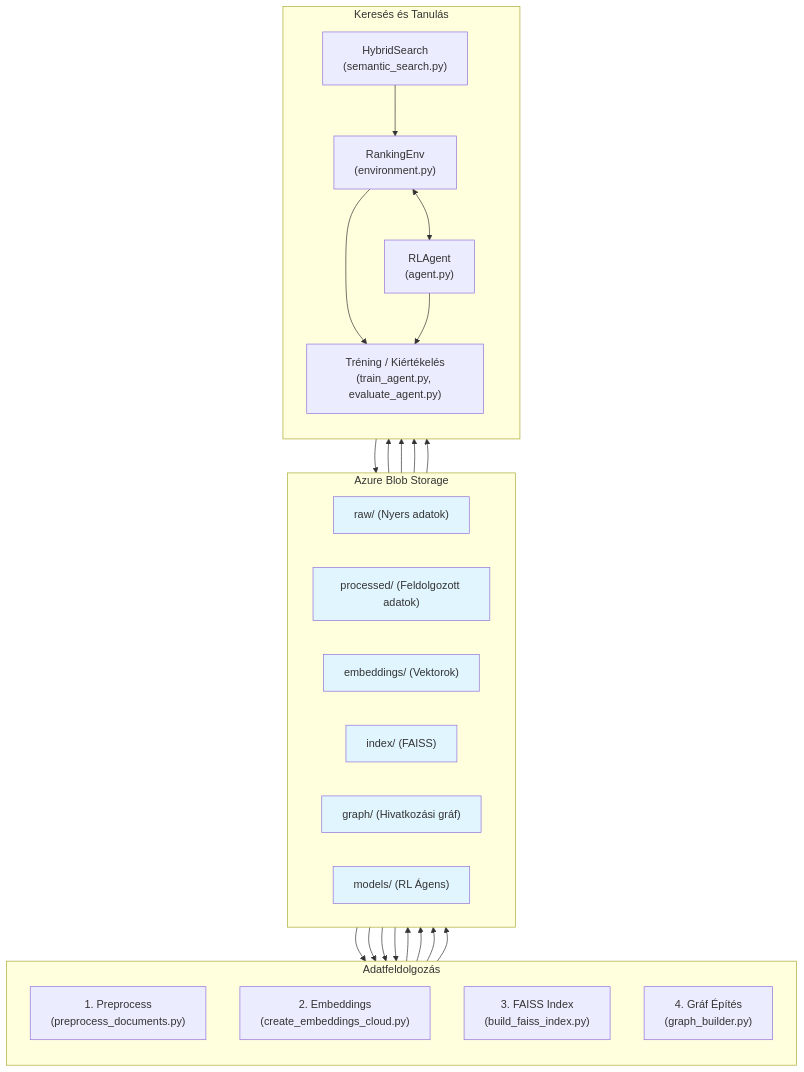
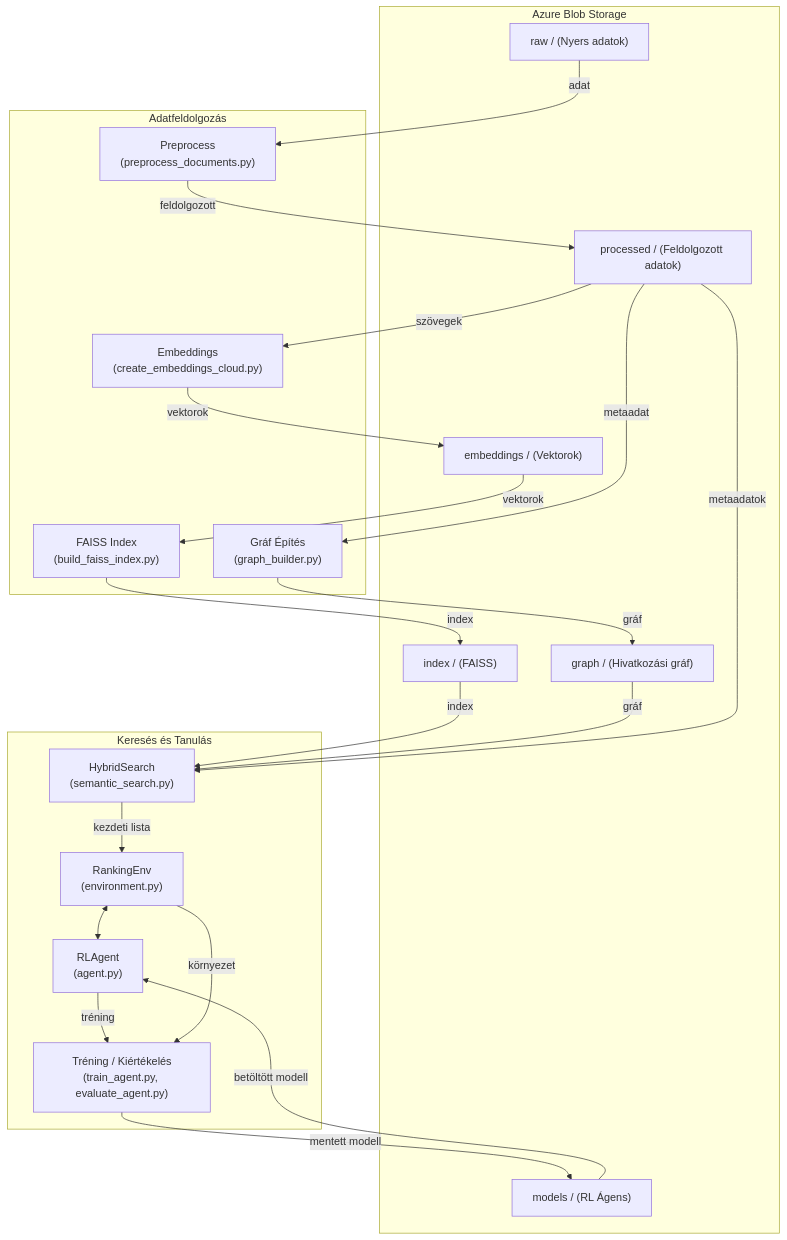
One commit to ZeleMate/Szakdolgozat changed the diagram in README.md. Above: the diagram before and after it, drawn with Mermaid.

Commit message:
README.md frissítése: a rendszer architektúrájának diagramja átalakítva, a logikai egységek és kapcsolatok pontosítása érdekében. Az Azure Blob Storage és az adatfeldolgozás szakaszok újrastrukturálása, valamint a kapcsolatok részletesebb ábrázolása a folyamatok között.

````diff
--- a/README.md
+++ b/README.md
@@ -17,47 +17,41 @@
 ```mermaid
 graph TD
-    subgraph "Azure Blob Storage"
-        direction LR
-        A["raw/ (Nyers adatok)"]
-        B["processed/ (Feldolgozott adatok)"]
-        C["embeddings/ (Vektorok)"]
-        D["index/ (FAISS)"]
-        E["graph/ (Hivatkozási gráf)"]
-        F["models/ (RL Ágens)"]
+    subgraph Adatfeldolgozás
+        P1["Preprocess<br>(preprocess_documents.py)"]
+        P2["Embeddings<br>(create_embeddings_cloud.py)"]
+        P3["FAISS Index<br>(build_faiss_index.py)"]
+        P4["Gráf Építés<br>(graph_builder.py)"]
     end
 
-    subgraph "Adatfeldolgozás"
-        direction TB
-        P1["1. Preprocess<br>(preprocess_documents.py)"]
-        P2["2. Embeddings<br>(create_embeddings_cloud.py)"]
-        P3["3. FAISS Index<br>(build_faiss_index.py)"]
-        P4["4. Gráf Építés<br>(graph_builder.py)"]
+    subgraph "Azure Blob Storage"
+        A["raw / (Nyers adatok)"]
+        B["processed / (Feldolgozott adatok)"]
+        C["embeddings / (Vektorok)"]
+        D["index / (FAISS)"]
+        E["graph / (Hivatkozási gráf)"]
+        F["models / (RL Ágens)"]
     end
 
     subgraph "Keresés és Tanulás"
-        direction TB
         S1["HybridSearch<br>(semantic_search.py)"]
         S2["RankingEnv<br>(environment.py)"]
         S3["RLAgent<br>(agent.py)"]
         S4["Tréning / Kiértékelés<br>(train_agent.py, evaluate_agent.py)"]
     end
-    
-    A --> P1 --> B
-    B --> P2 --> C
-    C --> P3 --> D
-    B --> P4 --> E
-    
-    D & E & B --> S1
-    S1 --> S2
+
+    A -- "adat" --> P1 -- "feldolgozott" --> B
+    B -- "szövegek" --> P2 -- "vektorok" --> C
+    C -- "vektorok" --> P3 -- "index" --> D
+    B -- "metaadat" --> P4 -- "gráf" --> E
+
+    D -- "index" --> S1
+    E -- "gráf" --> S1
+    B -- "metaadatok" --> S1
+
+    S1 -- "kezdeti lista" --> S2
     S2 <--> S3
-    S3 --> F
-    F --> S3
-    S2 & S3 --> S4
-
-    style A fill:#e1f5fe
-    style B fill:#e1f5fe
-    style C fill:#e1f5fe
-    style D fill:#e1f5fe
-    style E fill:#e1f5fe
-    style F fill:#e1f5fe
+    S3 -- "tréning" --> S4
+    S2 -- "környezet" --> S4
+    S4 -- "mentett modell" --> F
+    F -- "betöltött modell" --> S3
 ```
````
